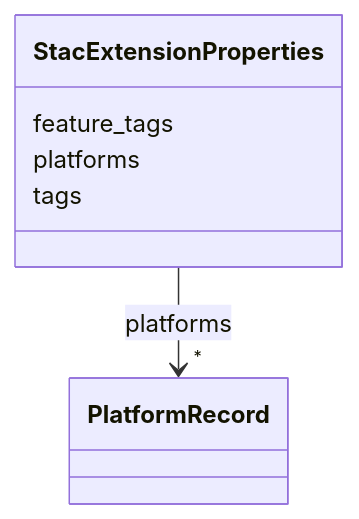
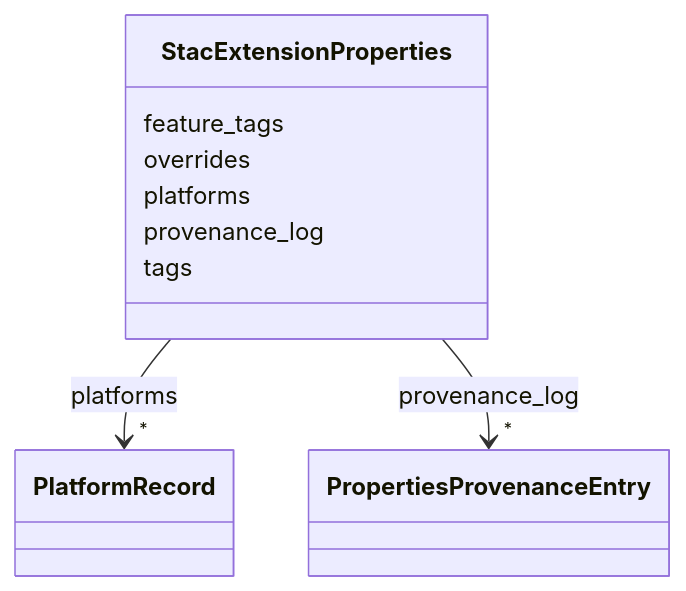
Before and after one commit to debrief/debrief-future: the diagram in schema-docs-md/classes/StacExtensionProperties.md, drawn with Mermaid. The commit also changed other lines of this file and 67 other files, not shown here.

````diff
--- a/schema-docs-md/classes/StacExtensionProperties.md
+++ b/schema-docs-md/classes/StacExtensionProperties.md
@@ -21,21 +21,34 @@
 ```mermaid
  classDiagram
     class StacExtensionProperties
     click StacExtensionProperties href "../../classes/StacExtensionProperties/"
       StacExtensionProperties : feature_tags
+        
+      StacExtensionProperties : overrides
         
       StacExtensionProperties : platforms
         
           
     
         
         
         StacExtensionProperties --> "*" PlatformRecord : platforms
         click PlatformRecord href "../../classes/PlatformRecord/"
     
 
         
+      StacExtensionProperties : provenance_log
+        
+          
+    
+        
+        
+        StacExtensionProperties --> "*" PropertiesProvenanceEntry : provenance_log
+        click PropertiesProvenanceEntry href "../../classes/PropertiesProvenanceEntry/"
+    
+
+        
       StacExtensionProperties : tags
         
       
 ```
````
